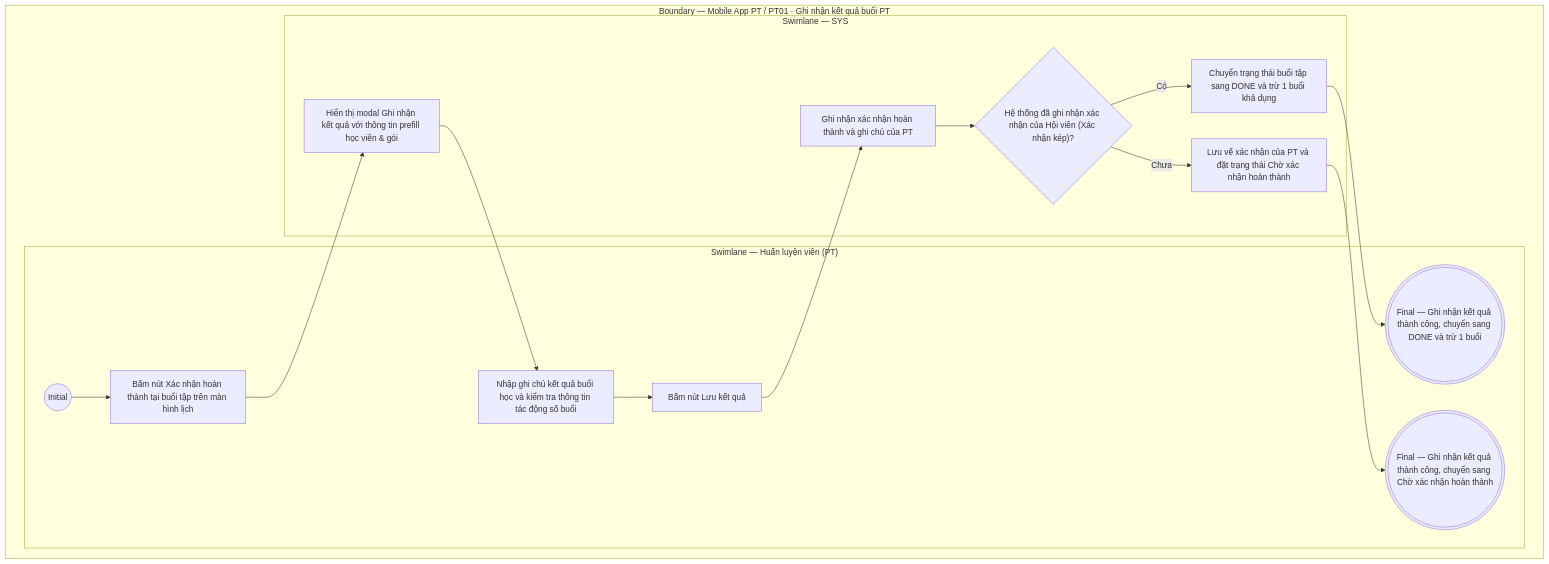
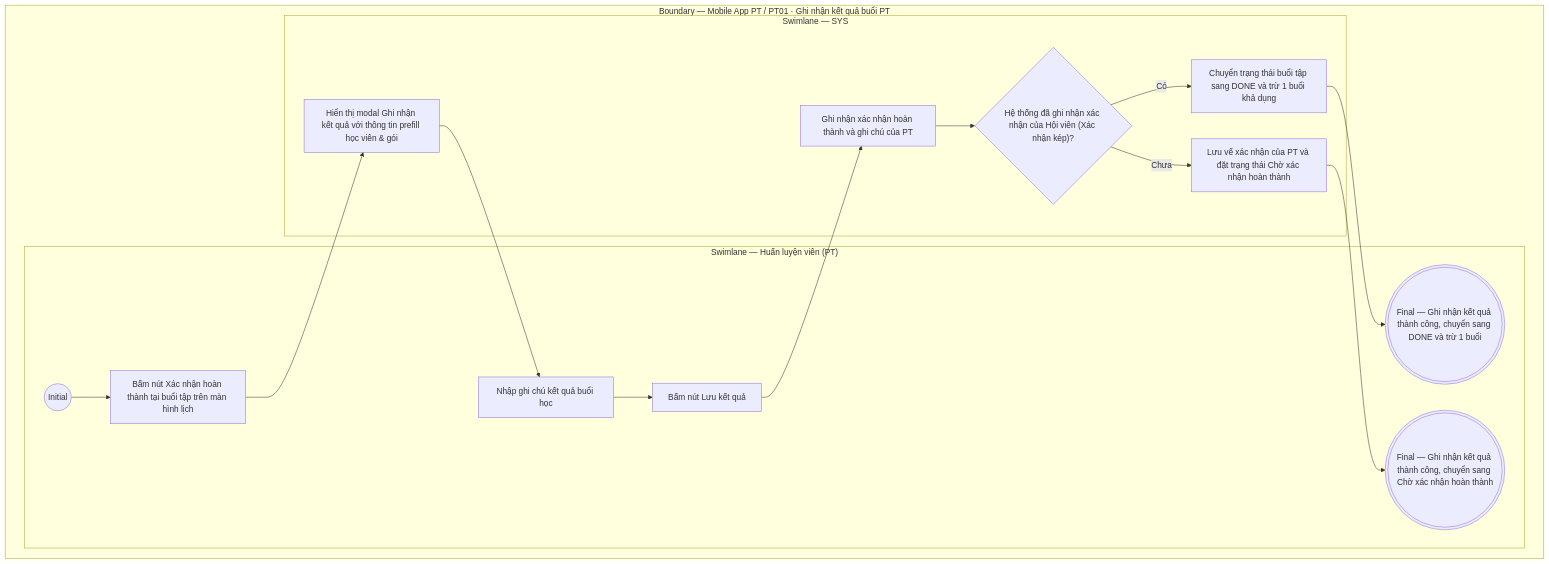
The diagram in docs/user-stories/pt/PT01-Lịch/PT01-US02-Xác nhận hoàn thành và ghi kết quả buổi học.md (ThachY-23120411/Paradise-Gym-v2), drawn with Mermaid before and after one commit. The commit also changed other lines of this file and 40 other files, not shown here.

````diff
--- a/docs/user-stories/pt/PT01-Lịch/PT01-US02-Xác nhận hoàn thành và ghi kết quả buổi học.md
+++ b/docs/user-stories/pt/PT01-Lịch/PT01-US02-Xác nhận hoàn thành và ghi kết quả buổi học.md
@@ -56,32 +49,32 @@
 ```mermaid
 flowchart TB
   subgraph B["Boundary — Mobile App PT / PT01 · Ghi nhận kết quả buổi PT"]
     subgraph L0["Swimlane — Huấn luyện viên (PT)"]
       I01(("Initial"))
       A01["Bấm nút Xác nhận hoàn thành tại buổi tập trên màn hình lịch"]
-      A02["Nhập ghi chú kết quả buổi học và kiểm tra thông tin tác động số buổi"]
+      A02["Nhập ghi chú kết quả buổi học"]
       A03["Bấm nút Lưu kết quả"]
       F01((("Final — Ghi nhận kết quả thành công, chuyển sang DONE và trừ 1 buổi")))
       F02((("Final — Ghi nhận kết quả thành công, chuyển sang Chờ xác nhận hoàn thành")))
     end
 
     subgraph L1["Swimlane — SYS"]
       S01["Hiển thị modal Ghi nhận kết quả với thông tin prefill học viên & gói"]
       S02["Ghi nhận xác nhận hoàn thành và ghi chú của PT"]
       D01{"Hệ thống đã ghi nhận xác nhận của Hội viên (Xác nhận kép)?"}
       S03["Chuyển trạng thái buổi tập sang DONE và trừ 1 buổi khả dụng"]
       S04["Lưu vế xác nhận của PT và đặt trạng thái Chờ xác nhận hoàn thành"]
 
       I01 --> A01
       A01 --> S01
       S01 --> A02
       A02 --> A03
       A03 --> S02
       S02 --> D01
       D01 -- "Có" --> S03
       S03 --> F01
       D01 -- "Chưa" --> S04
       S04 --> F02
     end
   end
 ```
````
